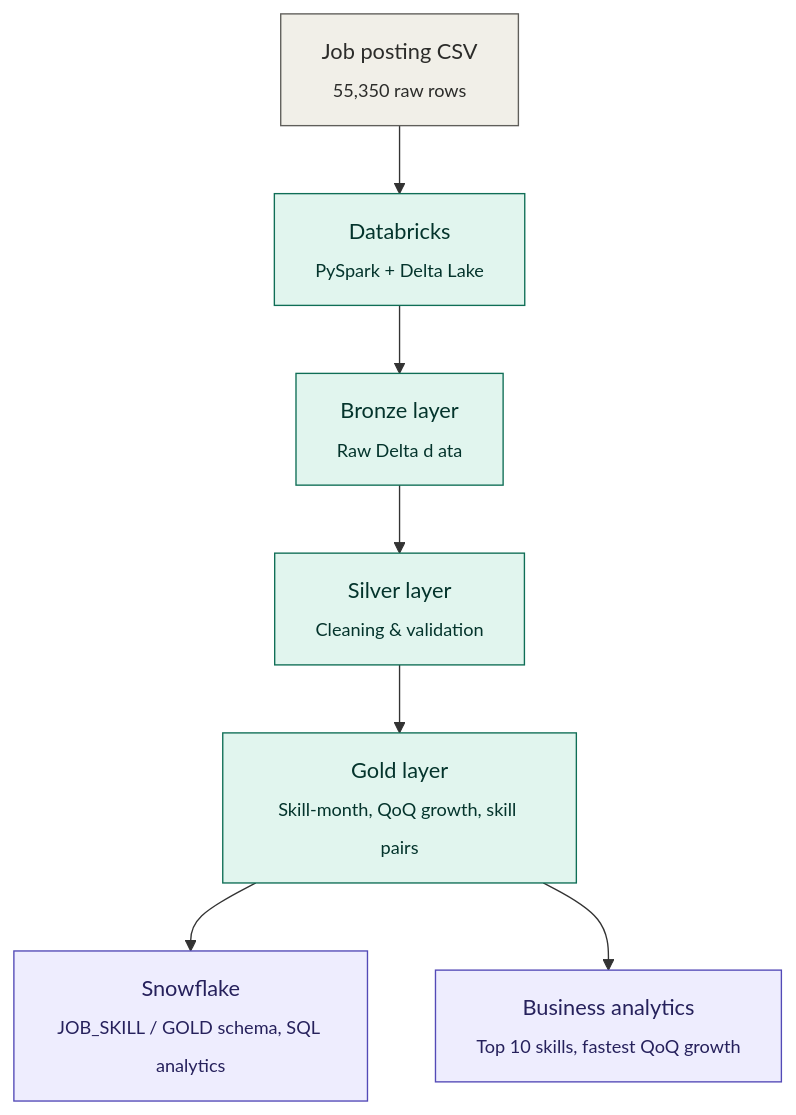
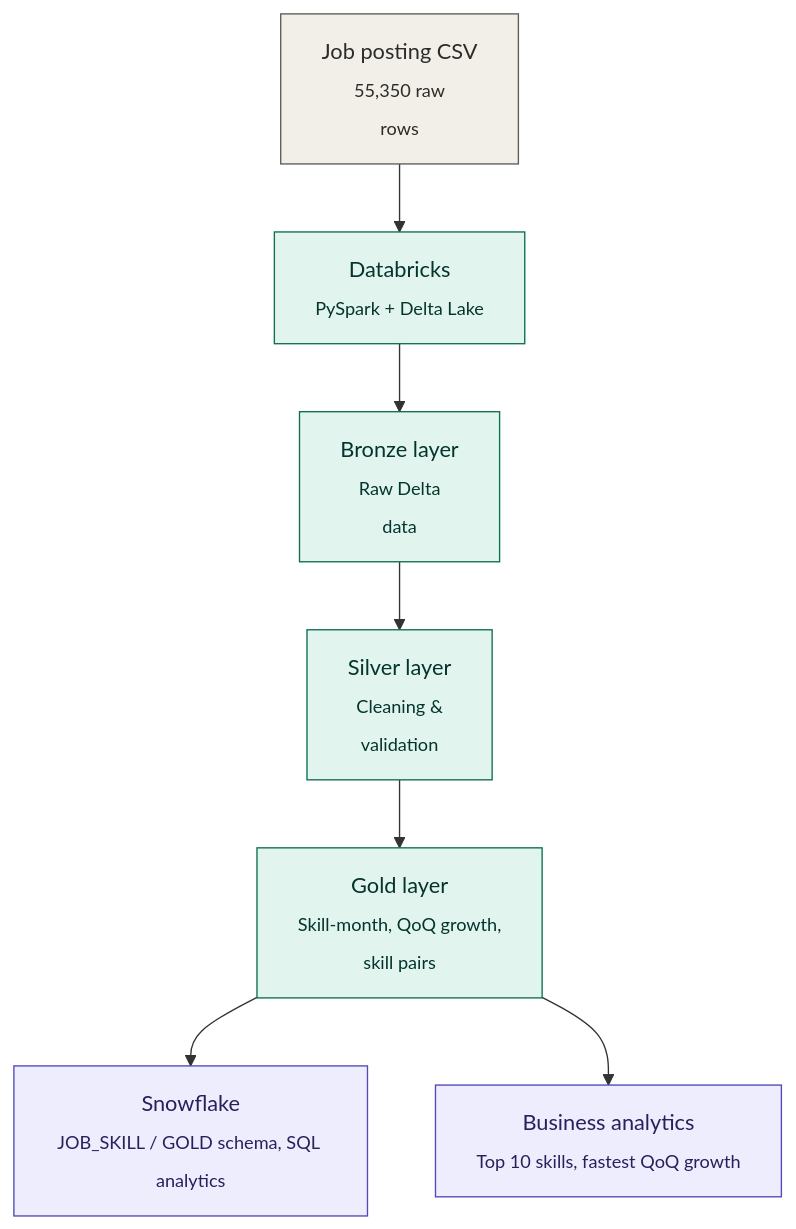
Before and after one commit to AnannyaDash7/SkillDemand360: the diagram in architecture.md, drawn with Mermaid.

Commit message:
architecture.md

````diff
--- a/architecture.md
+++ b/architecture.md
@@ -3,17 +3,17 @@
 ```mermaid 
 flowchart TD
-    A["Job posting CSV<br/><sub>55,350 raw rows</sub>"] --> B["Databricks<br/><sub>PySpark + Delta Lake</sub>"]
-    B --> C["Bronze layer<br/><sub>Raw Delta d ata</sub>"]
-    C --> D["Silver layer<br/><sub>Cleaning & validation</sub>"]
-    D --> E["Gold layer<br/><sub>Skill-month, QoQ growth, skill pairs</sub>"]
+    A["Job posting CSV<br/><sub>55,350 raw <br> rows</sub>"] --> B["Databricks<br/><sub>PySpark + Delta Lake</sub>"]
+    B --> C["Bronze layer<br/><sub>Raw Delta <br>data</sub>"]
+    C --> D["Silver layer<br/><sub>Cleaning & <br>validation</sub>"]
+    D --> E["Gold layer<br/><sub>Skill-month, QoQ growth,<br> skill pairs</sub>"]
     E --> F["Snowflake<br/><sub>JOB_SKILL / GOLD schema, SQL analytics</sub>"]
     E --> G["Business analytics<br/><sub>Top 10 skills, fastest QoQ growth</sub>"]
 
     classDef source fill:#F1EFE8,stroke:#5F5E5A,color:#2C2C2A;
     classDef pipeline fill:#E1F5EE,stroke:#0F6E56,color:#04342C;
     classDef output fill:#EEEDFE,stroke:#534AB7,color:#26215C;
 
     class A source;
     class B,C,D,E pipeline;
     class F,G output;
 ```
````
